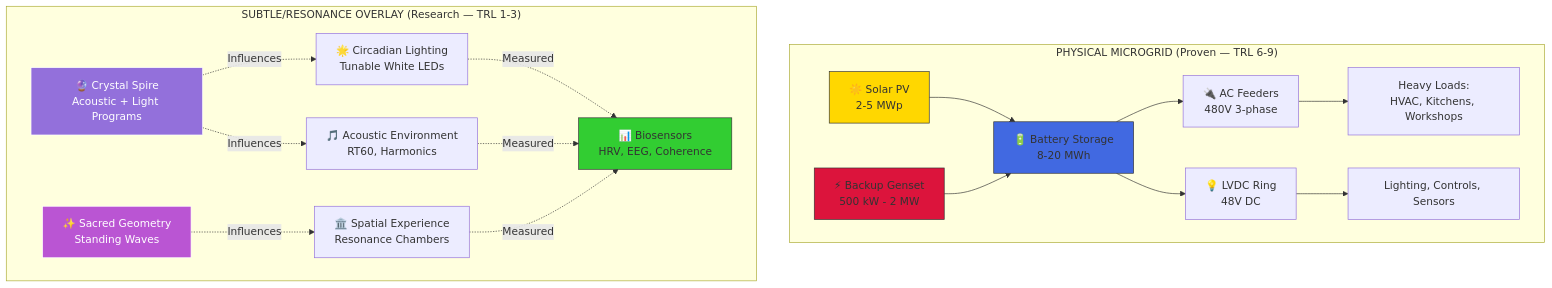
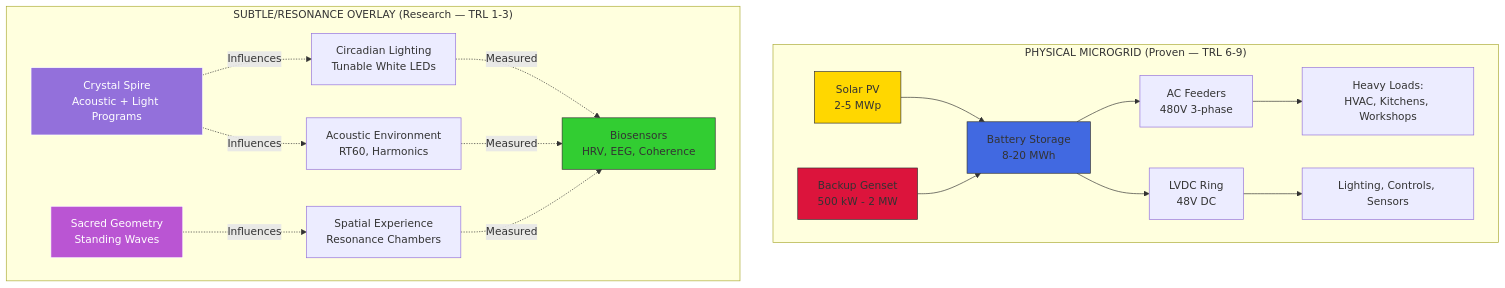
One commit to szemkoff/light-city-project changed the diagram in website/docs/concepts/energy-systems.md. Above: the diagram before and after it, drawn with Mermaid. The commit also changed other lines of this file and 16 other files, not shown here.

````diff
--- a/website/docs/concepts/energy-systems.md
+++ b/website/docs/concepts/energy-systems.md
@@ -205,36 +205,36 @@
 ```mermaid
 graph TD
     subgraph "PHYSICAL MICROGRID (Proven — TRL 6-9)"
-        PV["☀️ Solar PV<br/>2-5 MWp"]
-        BATT["🔋 Battery Storage<br/>8-20 MWh"]
-        GEN["⚡ Backup Genset<br/>500 kW - 2 MW"]
+        PV["Solar PV<br/>2-5 MWp"]
+        BATT["Battery Storage<br/>8-20 MWh"]
+        GEN["Backup Genset<br/>500 kW - 2 MW"]
         
         PV --> BATT
         GEN --> BATT
-        BATT --> AC["🔌 AC Feeders<br/>480V 3-phase"]
-        BATT --> DC["💡 LVDC Ring<br/>48V DC"]
+        BATT --> AC["AC Feeders<br/>480V 3-phase"]
+        BATT --> DC["LVDC Ring<br/>48V DC"]
         
         AC --> LOADS_AC["Heavy Loads:<br/>HVAC, Kitchens, Workshops"]
         DC --> LOADS_DC["Lighting, Controls, Sensors"]
     end
     
     subgraph "SUBTLE/RESONANCE OVERLAY (Research — TRL 1-3)"
-        SPIRE["🔮 Crystal Spire<br/>Acoustic + Light Programs"]
-        GEOM["✨ Sacred Geometry<br/>Standing Waves"]
+        SPIRE["Crystal Spire<br/>Acoustic + Light Programs"]
+        GEOM["Sacred Geometry<br/>Standing Waves"]
         
-        SPIRE -.->|Influences| LIGHT["🌟 Circadian Lighting<br/>Tunable White LEDs"]
-        SPIRE -.->|Influences| SOUND["🎵 Acoustic Environment<br/>RT60, Harmonics"]
-        GEOM -.->|Influences| SPACE["🏛️ Spatial Experience<br/>Resonance Chambers"]
+        SPIRE -.->|Influences| LIGHT["Circadian Lighting<br/>Tunable White LEDs"]
+        SPIRE -.->|Influences| SOUND["Acoustic Environment<br/>RT60, Harmonics"]
+        GEOM -.->|Influences| SPACE["Spatial Experience<br/>Resonance Chambers"]
         
-        LIGHT -.->|Measured| BIO["📊 Biosensors<br/>HRV, EEG, Coherence"]
+        LIGHT -.->|Measured| BIO["Biosensors<br/>HRV, EEG, Coherence"]
         SOUND -.->|Measured| BIO
         SPACE -.->|Measured| BIO
     end
     
     style PV fill:#FFD700,stroke:#333
     style BATT fill:#4169E1,stroke:#333
     style GEN fill:#DC143C,stroke:#333
     style SPIRE fill:#9370DB,stroke:#fff,color:#fff
     style GEOM fill:#BA55D3,stroke:#fff,color:#fff
     style BIO fill:#32CD32,stroke:#333
 ```
````
